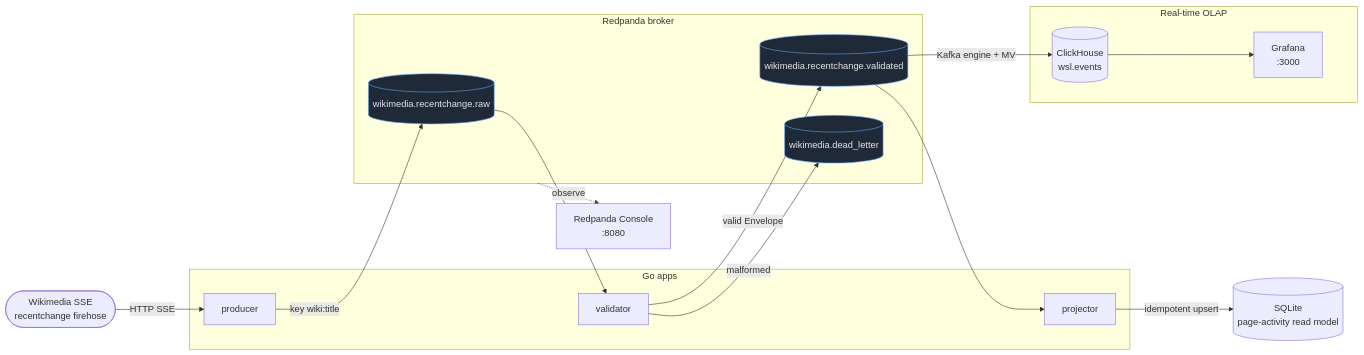
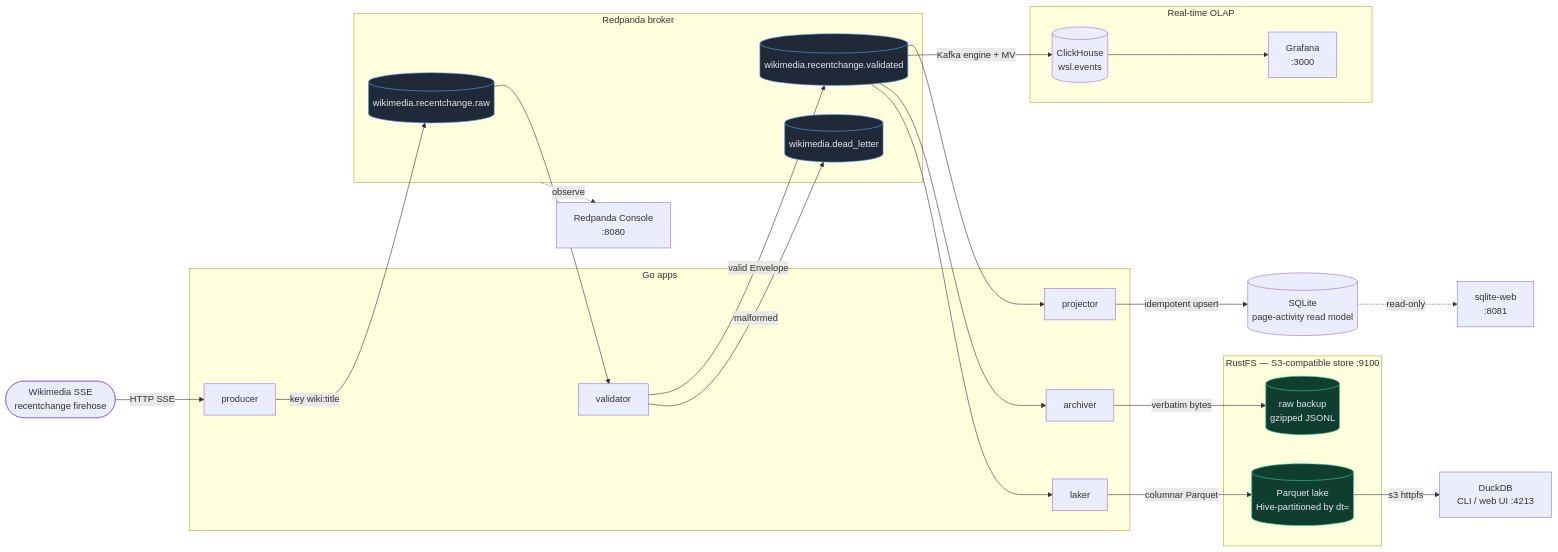
The diagram in README.md (mike623/wiki-stream-lab), drawn with Mermaid before and after one commit. The commit also changed other lines of this file and 4 other files, not shown here.

First line of the commit message:
docs: document object-storage lake layer (archiver, laker, DuckDB)

````diff
--- a/README.md
+++ b/README.md
@@ -22,39 +22,56 @@
 ```mermaid
 flowchart LR
     SSE([Wikimedia SSE<br/>recentchange firehose])
 
     subgraph apps[Go apps]
         P[producer]
         V[validator]
         PR[projector]
+        A[archiver]
+        L[laker]
     end
 
     subgraph rp[Redpanda broker]
         RAW[(wikimedia.recentchange.raw)]
         VAL[(wikimedia.recentchange.validated)]
         DLQ[(wikimedia.dead_letter)]
     end
 
     SQLITE[(SQLite<br/>page-activity read model)]
+    SQLWEB[sqlite-web<br/>:8081]
 
     subgraph olap[Real-time OLAP]
         CH[(ClickHouse<br/>wsl.events)]
         GRAF[Grafana<br/>:3000]
     end
 
+    subgraph s3[RustFS — S3-compatible store :9100]
+        BACKUP[(raw backup<br/>gzipped JSONL)]
+        LAKE[(Parquet lake<br/>Hive-partitioned by dt=)]
+    end
+
+    DUCK[DuckDB<br/>CLI / web UI :4213]
     CONSOLE[Redpanda Console<br/>:8080]
 
     SSE -->|HTTP SSE| P
     P -->|key wiki:title| RAW
     RAW --> V
     V -->|valid Envelope| VAL
     V -->|malformed| DLQ
     VAL --> PR
     PR -->|idempotent upsert| SQLITE
+    SQLITE -.read-only.-> SQLWEB
     VAL -->|Kafka engine + MV| CH
     CH --> GRAF
+    VAL --> A
+    A -->|verbatim bytes| BACKUP
+    VAL --> L
+    L -->|columnar Parquet| LAKE
+    LAKE -->|s3 httpfs| DUCK
     rp -.observe.-> CONSOLE
 
     classDef topic fill:#1f2937,stroke:#60a5fa,color:#e5e7eb;
     class RAW,VAL,DLQ topic;
+    classDef store fill:#0f3d2e,stroke:#34d399,color:#e5e7eb;
+    class BACKUP,LAKE store;
 ```
````
